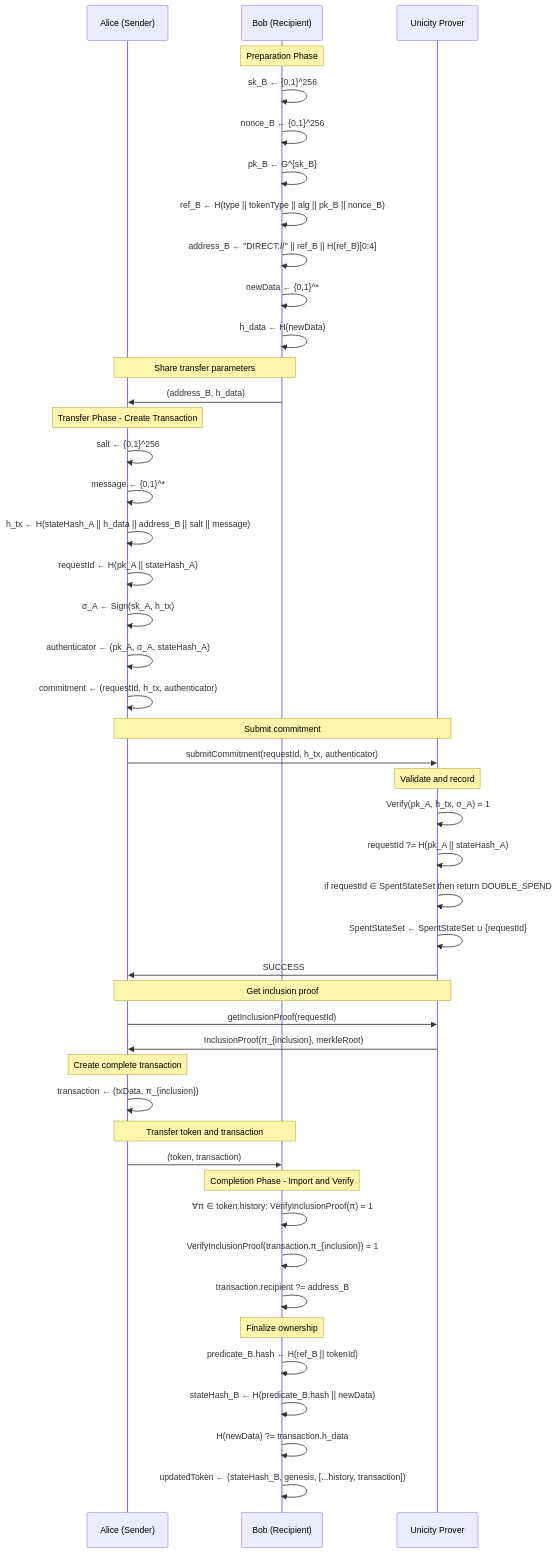
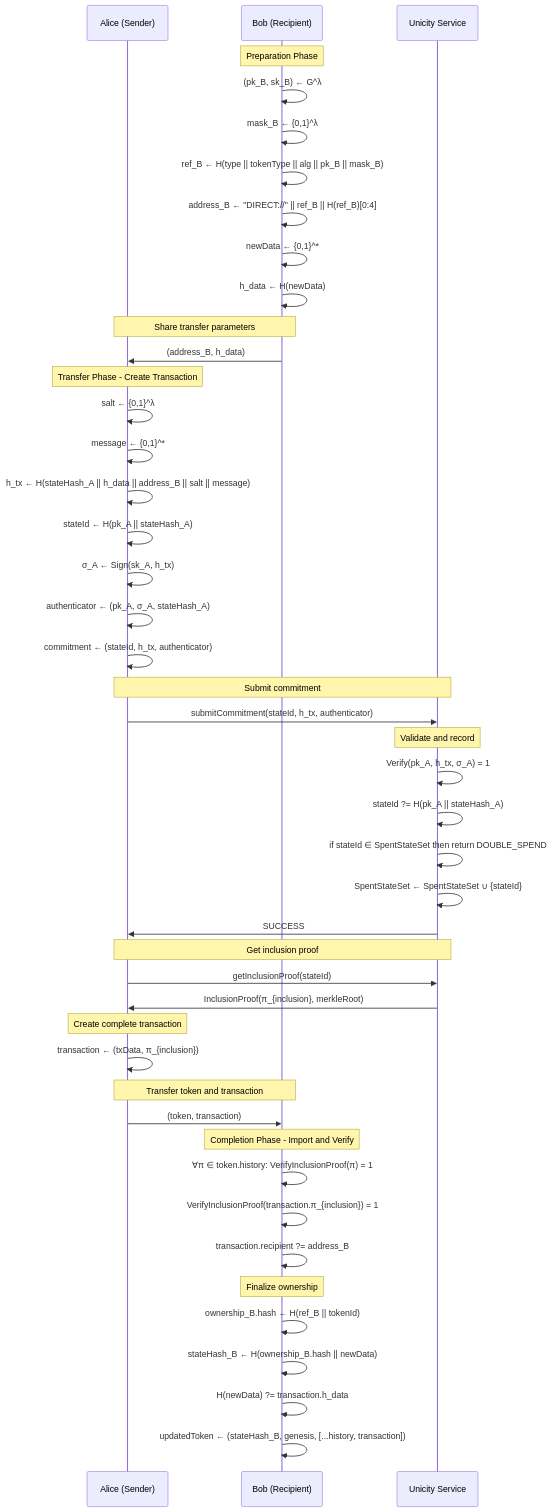
Before and after one commit to unicitynetwork/execution-model-tex: the second of 3 diagrams in PROTOCOL_DOCUMENTATION.md, drawn with Mermaid. The commit also changed other lines of this file, not shown here.

````diff
--- a/PROTOCOL_DOCUMENTATION.md
+++ b/PROTOCOL_DOCUMENTATION.md
@@ -360,58 +382,57 @@
 ```mermaid
 sequenceDiagram
     participant A as Alice (Sender)
     participant B as Bob (Recipient)
-    participant P as Unicity Prover
-    
+    participant P as Unicity Service
+
     Note over B: Preparation Phase
-    B->>B: sk_B ← {0,1}^256
-    B->>B: nonce_B ← {0,1}^256
-    B->>B: pk_B ← G^{sk_B}
-    B->>B: ref_B ← H(type || tokenType || alg || pk_B || nonce_B)
+    B->>B: (pk_B, sk_B) ← G^λ
+    B->>B: mask_B ← {0,1}^λ
+    B->>B: ref_B ← H(type || tokenType || alg || pk_B || mask_B)
     B->>B: address_B ← "DIRECT://" || ref_B || H(ref_B)[0:4]
     B->>B: newData ← {0,1}^*
     B->>B: h_data ← H(newData)
-    
+
     Note over B,A: Share transfer parameters
     B->>A: (address_B, h_data)
-    
+
     Note over A: Transfer Phase - Create Transaction
-    A->>A: salt ← {0,1}^256
+    A->>A: salt ← {0,1}^λ
     A->>A: message ← {0,1}^*
     A->>A: h_tx ← H(stateHash_A || h_data || address_B || salt || message)
-    A->>A: requestId ← H(pk_A || stateHash_A)
+    A->>A: stateId ← H(pk_A || stateHash_A)
     A->>A: σ_A ← Sign(sk_A, h_tx)
     A->>A: authenticator ← (pk_A, σ_A, stateHash_A)
-    A->>A: commitment ← (requestId, h_tx, authenticator)
-    
+    A->>A: commitment ← (stateId, h_tx, authenticator)
+
     Note over A,P: Submit commitment
-    A->>P: submitCommitment(requestId, h_tx, authenticator)
-    
+    A->>P: submitCommitment(stateId, h_tx, authenticator)
+
     Note over P: Validate and record
     P->>P: Verify(pk_A, h_tx, σ_A) = 1
-    P->>P: requestId ?= H(pk_A || stateHash_A)
-    P->>P: if requestId ∈ SpentStateSet then return DOUBLE_SPEND
-    P->>P: SpentStateSet ← SpentStateSet ∪ {requestId}
+    P->>P: stateId ?= H(pk_A || stateHash_A)
+    P->>P: if stateId ∈ SpentStateSet then return DOUBLE_SPEND
+    P->>P: SpentStateSet ← SpentStateSet ∪ {stateId}
     P->>A: SUCCESS
-    
+
     Note over A,P: Get inclusion proof
-    A->>P: getInclusionProof(requestId)
+    A->>P: getInclusionProof(stateId)
     P->>A: InclusionProof(π_{inclusion}, merkleRoot)
-    
+
     Note over A: Create complete transaction
     A->>A: transaction ← (txData, π_{inclusion})
-    
+
     Note over A,B: Transfer token and transaction
     A->>B: (token, transaction)
-    
+
     Note over B: Completion Phase - Import and Verify
     B->>B: ∀π ∈ token.history: VerifyInclusionProof(π) = 1
     B->>B: VerifyInclusionProof(transaction.π_{inclusion}) = 1
     B->>B: transaction.recipient ?= address_B
-    
+
     Note over B: Finalize ownership
-    B->>B: predicate_B.hash ← H(ref_B || tokenId)
-    B->>B: stateHash_B ← H(predicate_B.hash || newData)
+    B->>B: ownership_B.hash ← H(ref_B || tokenId)
+    B->>B: stateHash_B ← H(ownership_B.hash || newData)
     B->>B: H(newData) ?= transaction.h_data
     B->>B: updatedToken ← (stateHash_B, genesis, [...history, transaction])
 ```
````
